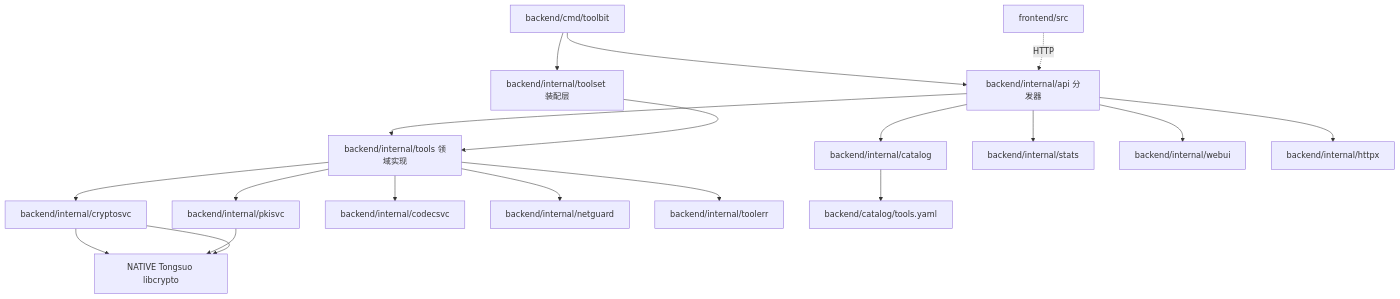
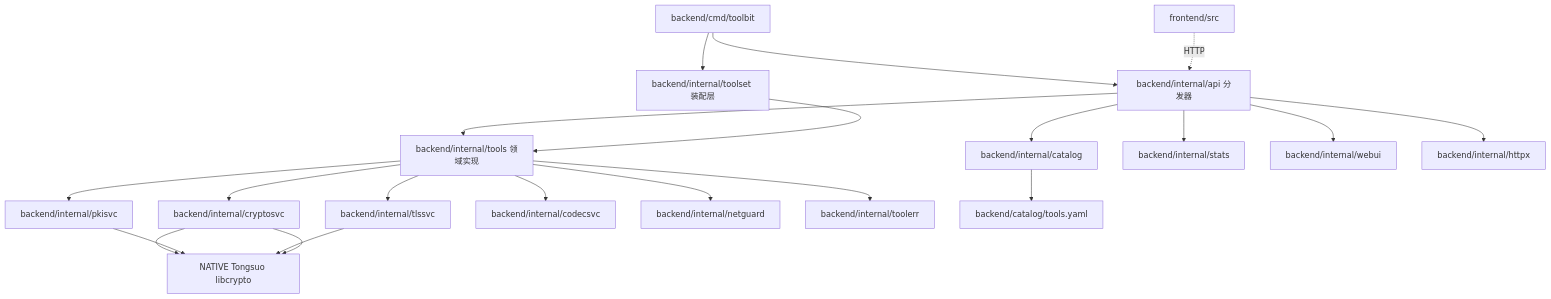
Before and after one commit to blue-cloud-net/Toolbit: the second of 6 diagrams in docs/architecture.md, drawn with Mermaid. The commit also changed other lines of this file and 33 other files, not shown here.

````diff
--- a/docs/architecture.md
+++ b/docs/architecture.md
@@ -124,21 +125,23 @@
 ```mermaid
 flowchart TD
   CMD[backend/cmd/toolbit] --> API[backend/internal/api 分发器]
   CMD --> TOOLSET[backend/internal/toolset 装配层]
   API --> CAT[backend/internal/catalog]
   API --> TOOLS[backend/internal/tools 领域实现]
   API --> STATS[backend/internal/stats]
   API --> WEBUI[backend/internal/webui]
   TOOLSET --> TOOLS
   TOOLS --> CRYPTO[backend/internal/cryptosvc]
   TOOLS --> PKI[backend/internal/pkisvc]
+  TOOLS --> TLSSVC[backend/internal/tlssvc]
   TOOLS --> CODEC[backend/internal/codecsvc]
   TOOLS --> NG[backend/internal/netguard]
   TOOLS --> ERR[backend/internal/toolerr]
   CRYPTO --> TONG[github.com/blue-cloud-net/tongsuo-go]
   PKI --> TONG
+  TLSSVC --> TONG
   CRYPTO --> TONG[NATIVE Tongsuo libcrypto]
   API --> HTTPX[backend/internal/httpx]
   CAT --> YAML[backend/catalog/tools.yaml]
   FE[frontend/src] -.HTTP.-> API
 ```
````
